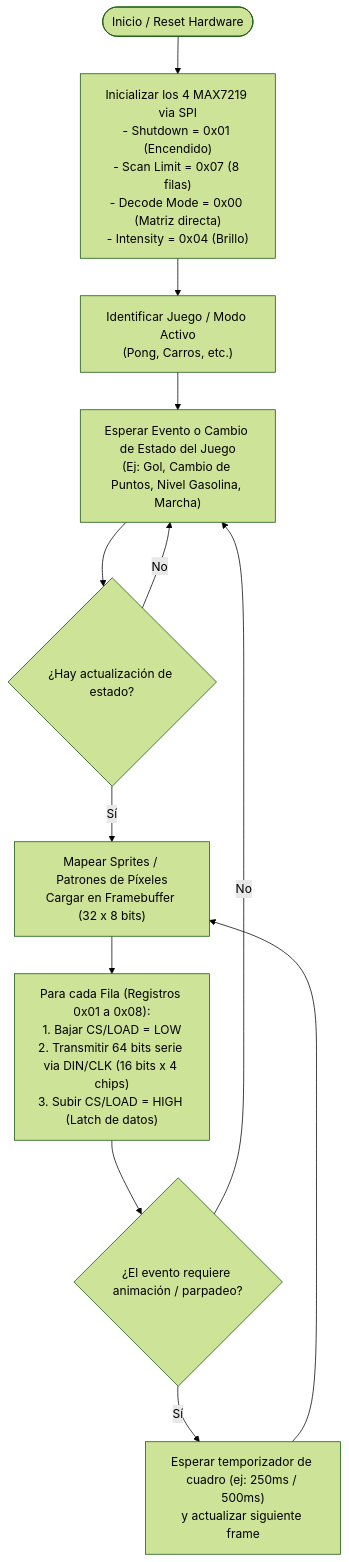
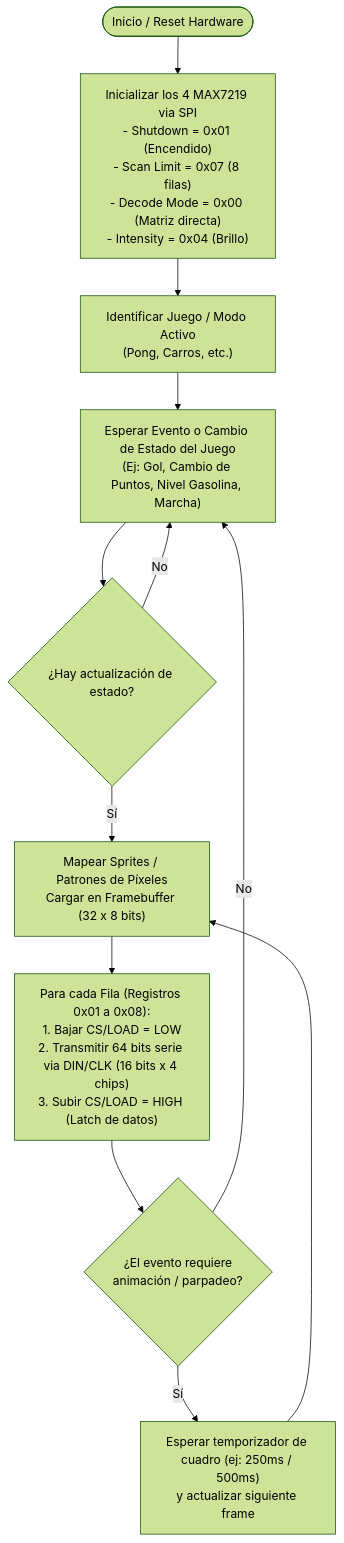
Before and after one commit to KUBIX2026/MAX7219-: the second of 2 diagrams in README.md, drawn with Mermaid (forest theme).

Commit message:
Fix line break formatting in README.md

````diff
--- a/README.md
+++ b/README.md
@@ -169,23 +169,23 @@
 ```mermaid
 graph TD
     A([Inicio / Reset Hardware]) --> B["Inicializar los 4 MAX7219 via SPI<br>- Shutdown = 0x01 (Encendido)<br>- Scan Limit = 0x07 (8 filas)<br>- Decode Mode = 0x00 (Matriz directa)<br>- Intensity = 0x04 (Brillo)"]
     
     B --> C["Identificar Juego / Modo Activo<br>(Pong, Carros, etc.)"]
     
     C --> D["Esperar Evento o Cambio de Estado del Juego<br>(Ej: Gol, Cambio de Puntos, Nivel Gasolina, Marcha)"]
     
     D --> E{"¿Hay actualización de estado?"}
     
     E -- No --> D
     
     E -- Sí --> F["Mapear Sprites / Patrones de Píxeles<br>Cargar en Framebuffer (32 x 8 bits)"]
     
     F --> G["Para cada Fila (Registros 0x01 a 0x08):<br>1. Bajar CS/LOAD = LOW<br>2. Transmitir 64 bits serie via DIN/CLK (16 bits x 4 chips)<br>3. Subir CS/LOAD = HIGH (Latch de datos)"]
     
-    G --> H{"¿El evento requiere animación / parpadeo?"}
+    G --> H{"¿El evento requiere <br> animación / parpadeo?"}
     
     H -- Sí --> I["Esperar temporizador de cuadro (ej: 250ms / 500ms)<br>y actualizar siguiente frame"]
     I --> F
     
     H -- No --> D
 ```
````
